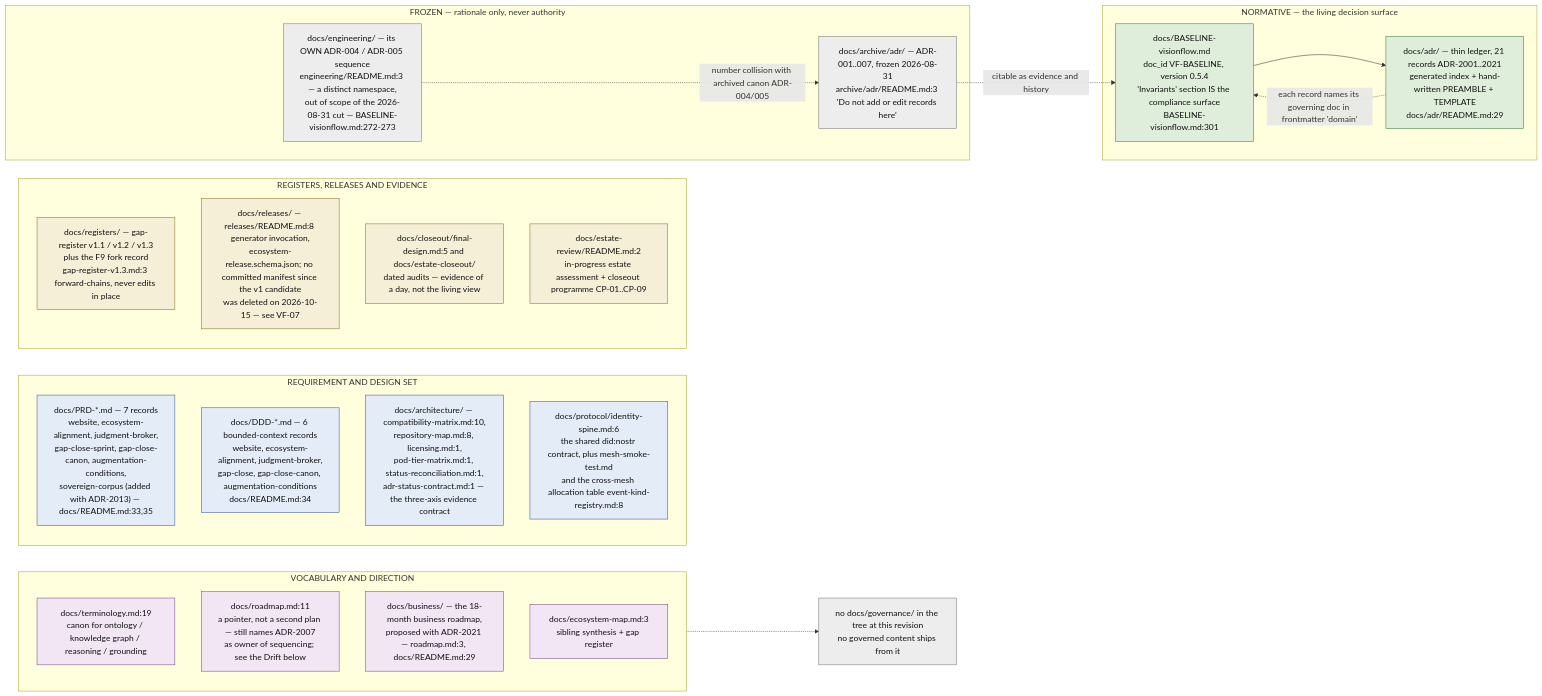
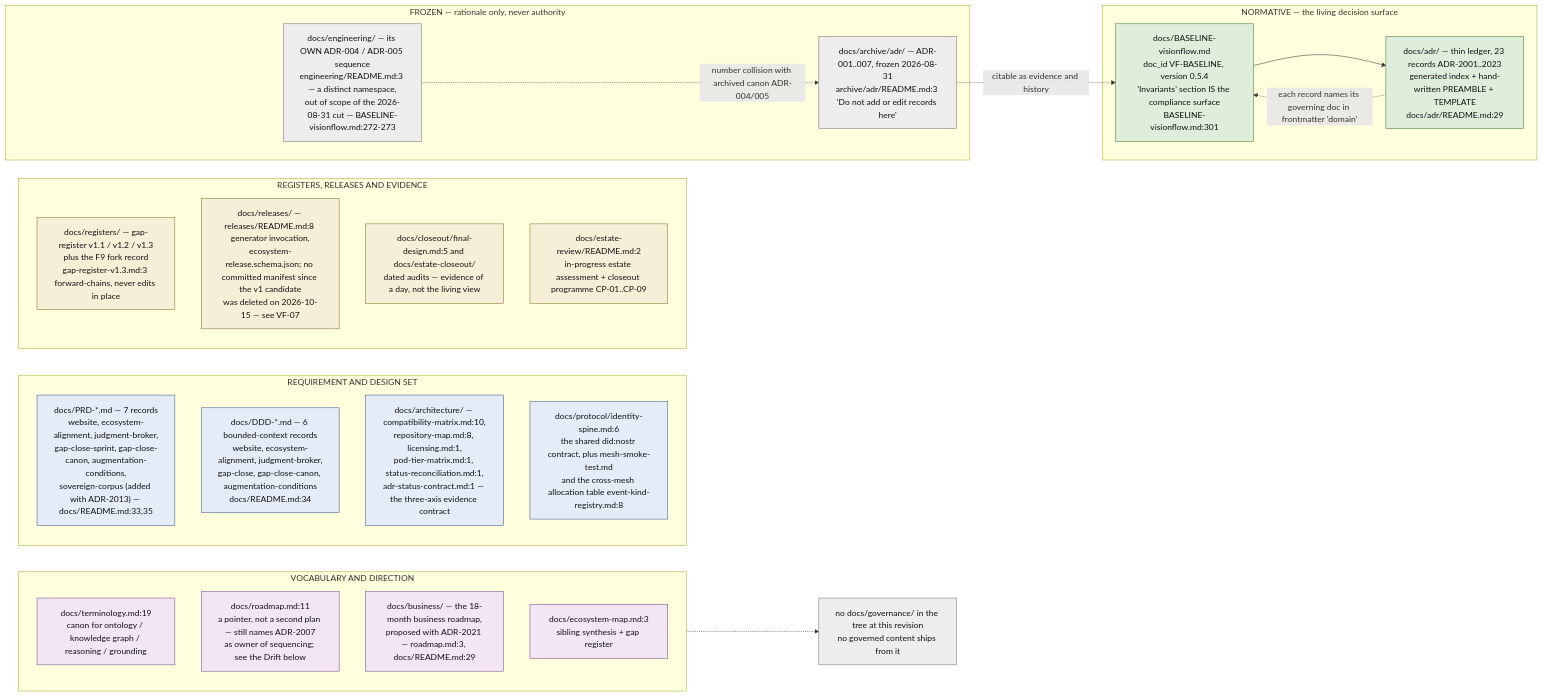
Before and after one commit to DreamLab-AI/VisionFlow: the first of 11 diagrams in docs/diagrams/visionflow/01-repo-composition-and-canon.md, drawn with Mermaid. The commit also changed other lines of this file and 49 other files, not shown here.

First line of the commit message:
docs(diagrams): re-derive and re-stamp VisionClaw, estate, knowledge-graph, visionGraph, VisionFlow and sidestr topics

````diff
--- a/docs/diagrams/visionflow/01-repo-composition-and-canon.md
+++ b/docs/diagrams/visionflow/01-repo-composition-and-canon.md
@@ -69,46 +69,46 @@
 ```mermaid
 flowchart LR
     classDef norm fill:#dfeeda,stroke:#3f7a2f,color:#111
     classDef spec fill:#e4ecf8,stroke:#3a5a8a,color:#111
     classDef reg fill:#f6efd8,stroke:#8a7020,color:#111
     classDef frozen fill:#ededed,stroke:#777,color:#111
     classDef other fill:#f2e6f5,stroke:#7a4a8a,color:#111
 
     subgraph LIVING["NORMATIVE — the living decision surface"]
         BASE["docs/BASELINE-visionflow.md<br/>doc_id VF-BASELINE, version 0.5.4<br/>'Invariants' section IS the compliance surface<br/>BASELINE-visionflow.md:301"]:::norm
-        LED["docs/adr/ — thin ledger, 21 records ADR-2001..2021<br/>generated index + hand-written PREAMBLE + TEMPLATE<br/>docs/adr/README.md:29"]:::norm
+        LED["docs/adr/ — thin ledger, 23 records ADR-2001..2023<br/>generated index + hand-written PREAMBLE + TEMPLATE<br/>docs/adr/README.md:29"]:::norm
     end
 
     subgraph SPECS["REQUIREMENT AND DESIGN SET"]
         PRD["docs/PRD-*.md — 7 records<br/>website, ecosystem-alignment, judgment-broker,<br/>gap-close-sprint, gap-close-canon, augmentation-conditions,<br/>sovereign-corpus (added with ADR-2013) — docs/README.md:33,35"]:::spec
         DDD["docs/DDD-*.md — 6 bounded-context records<br/>website, ecosystem-alignment, judgment-broker,<br/>gap-close, gap-close-canon, augmentation-conditions<br/>docs/README.md:34"]:::spec
         ARCH["docs/architecture/ — compatibility-matrix.md:10,<br/>repository-map.md:8, licensing.md:1,<br/>pod-tier-matrix.md:1, status-reconciliation.md:1,<br/>adr-status-contract.md:1 — the three-axis evidence contract"]:::spec
         PROTO["docs/protocol/identity-spine.md:6<br/>the shared did:nostr contract, plus mesh-smoke-test.md<br/>and the cross-mesh allocation table event-kind-registry.md:8"]:::spec
     end
 
     subgraph EVID["REGISTERS, RELEASES AND EVIDENCE"]
         REG["docs/registers/ — gap-register v1.1 / v1.2 / v1.3<br/>plus the F9 fork record<br/>gap-register-v1.3.md:3 forward-chains, never edits in place"]:::reg
         REL["docs/releases/ — releases/README.md:8 generator invocation,<br/>ecosystem-release.schema.json; no committed manifest since the v1 candidate<br/>was deleted on 2026-10-15 — see VF-07"]:::reg
         CLOSE["docs/closeout/final-design.md:5 and docs/estate-closeout/<br/>dated audits — evidence of a day, not the living view"]:::reg
         REVIEW["docs/estate-review/README.md:2<br/>in-progress estate assessment + closeout programme CP-01..CP-09"]:::reg
     end
 
     subgraph WORDS["VOCABULARY AND DIRECTION"]
         TERM["docs/terminology.md:19<br/>canon for ontology / knowledge graph / reasoning / grounding"]:::other
         ROAD["docs/roadmap.md:11<br/>a pointer, not a second plan — still names ADR-2007<br/>as owner of sequencing; see the Drift below"]:::other
         BIZ["docs/business/ — the 18-month business roadmap,<br/>proposed with ADR-2021 — roadmap.md:3, docs/README.md:29"]:::other
         MAP["docs/ecosystem-map.md:3<br/>sibling synthesis + gap register"]:::other
     end
 
     subgraph FROZEN["FROZEN — rationale only, never authority"]
         ARCHV["docs/archive/adr/ — ADR-001..007, frozen 2026-08-31<br/>archive/adr/README.md:3 'Do not add or edit records here'"]:::frozen
         ENG["docs/engineering/ — its OWN ADR-004 / ADR-005 sequence<br/>engineering/README.md:3 — a distinct namespace,<br/>out of scope of the 2026-08-31 cut — BASELINE-visionflow.md:272-273"]:::frozen
     end
 
     BASE --> LED
     LED -.->|"each record names its governing doc in frontmatter 'domain'"| BASE
     ARCHV -.->|"citable as evidence and history"| BASE
     ENG -.->|"number collision with archived canon ADR-004/005"| ARCHV
     EMPTY["no docs/governance/ in the tree at this revision<br/>no governed content ships from it"]:::frozen
     WORDS -.-> EMPTY
 ```
````
